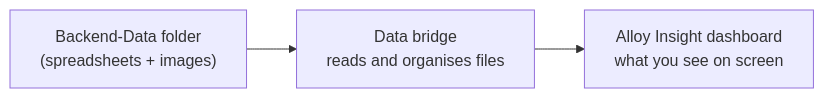
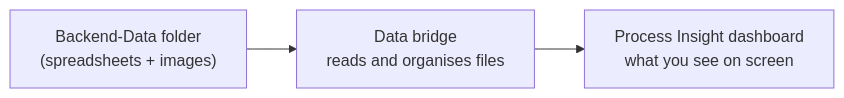
Before and after one commit to Aryand43/alloy-insight-system: the diagram in docs/backend-data-integration-plan.md, drawn with Mermaid. The commit also changed other lines of this file and 29 other files, not shown here.

````diff
--- a/docs/backend-data-integration-plan.md
+++ b/docs/backend-data-integration-plan.md
@@ -15,7 +15,7 @@
 ```mermaid
 flowchart LR
   Files["Backend-Data folder\n(spreadsheets + images)"]
   Bridge["Data bridge\nreads and organises files"]
-  Dashboard["Alloy Insight dashboard\nwhat you see on screen"]
+  Dashboard["Process Insight dashboard\nwhat you see on screen"]
   Files --> Bridge --> Dashboard
 ```
````
